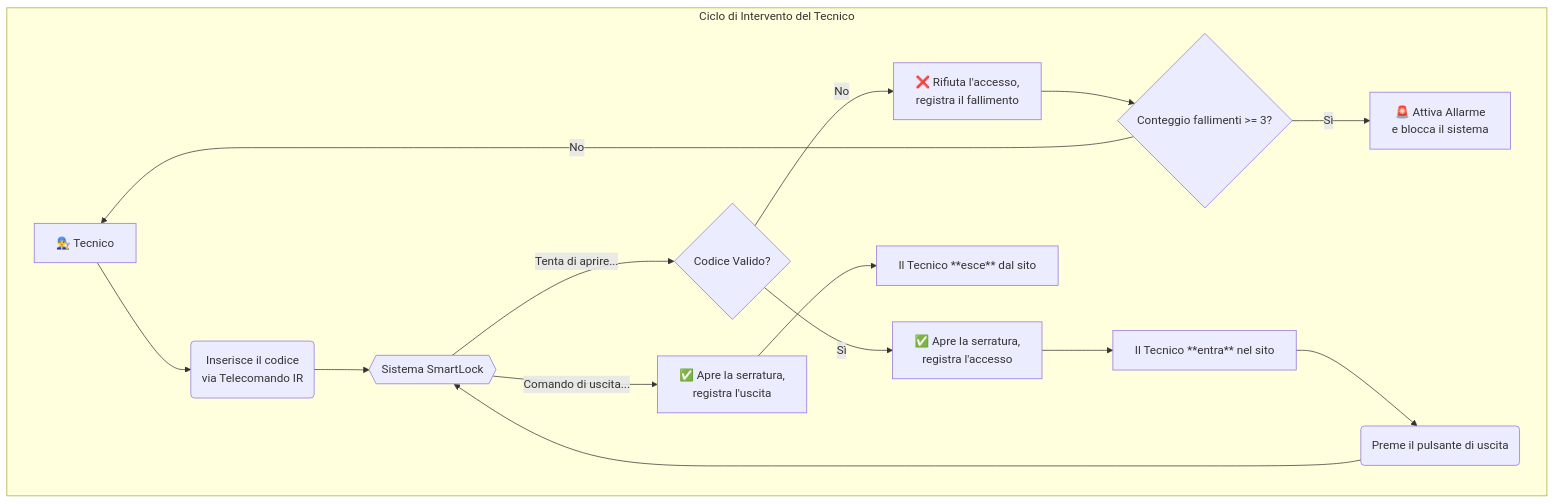
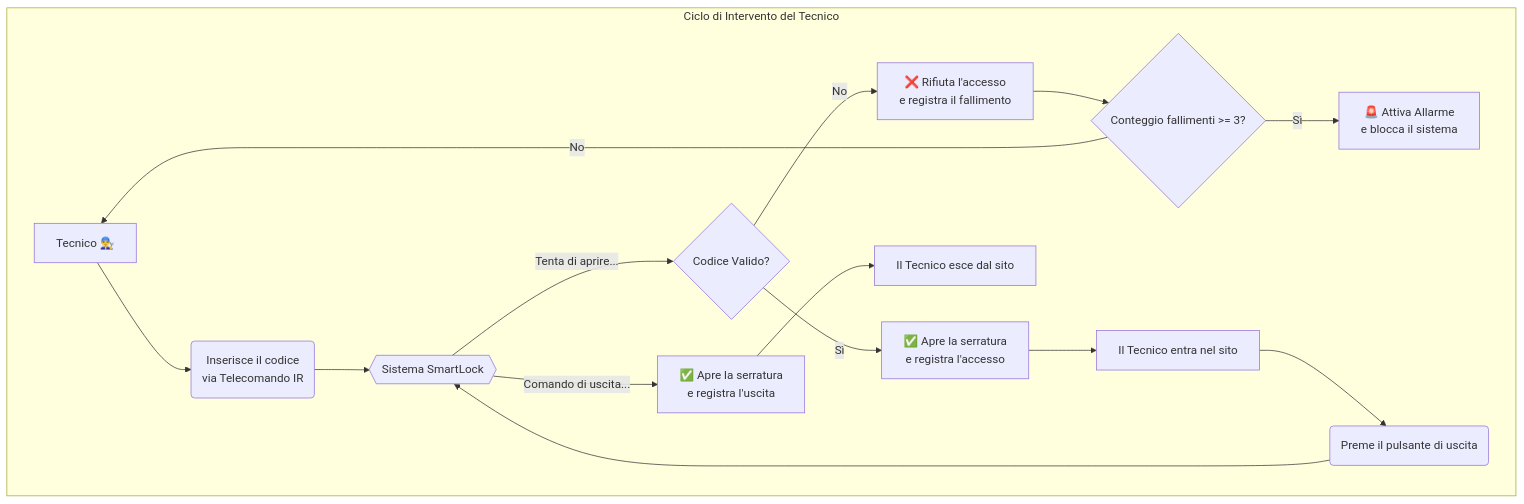
The first of 3 diagrams in src/projet.md (justicembeye/SmartLook), drawn with Mermaid before and after one commit. The commit also changed other lines of this file, not shown here.

Commit message:
aggiornamento

````diff
--- a/src/projet.md
+++ b/src/projet.md
@@ -46,19 +46,19 @@
 ```mermaid
 flowchart TD
     subgraph "Ciclo di Intervento del Tecnico"
-        A[👨‍🔧 Tecnico] --> B("Inserisce il codice<br>via Telecomando IR");
+        A[Tecnico 👨‍🔧] --> B("Inserisce il codice<br>via Telecomando IR");
         B --> C{{Sistema SmartLock}};
         C -- "Tenta di aprire..." --> D{Codice Valido?};
-        D -- "Sì" --> E["✅ Apre la serratura,<br>registra l'accesso"];
-        D -- "No" --> F["❌ Rifiuta l'accesso,<br>registra il fallimento"];
-        E --> G[Il Tecnico **entra** nel sito];
+        D -- "Sì" --> E["✅ Apre la serratura<br>e registra l'accesso"];
+        D -- "No" --> F["❌ Rifiuta l'accesso<br>e registra il fallimento"];
+        E --> G[Il Tecnico entra nel sito];
         F --> H{Conteggio fallimenti >= 3?};
         H -- "Sì" --> I["🚨 Attiva Allarme<br>e blocca il sistema"];
         H -- "No" --> A;
         
         G --> J("Preme il pulsante di uscita");
         J --> C;
-        C -- "Comando di uscita..." --> K["✅ Apre la serratura,<br>registra l'uscita"];
-        K --> L[Il Tecnico **esce** dal sito];
+        C -- "Comando di uscita..." --> K["✅ Apre la serratura<br>e registra l'uscita"];
+        K --> L[Il Tecnico esce dal sito];
     end
 ```
````
